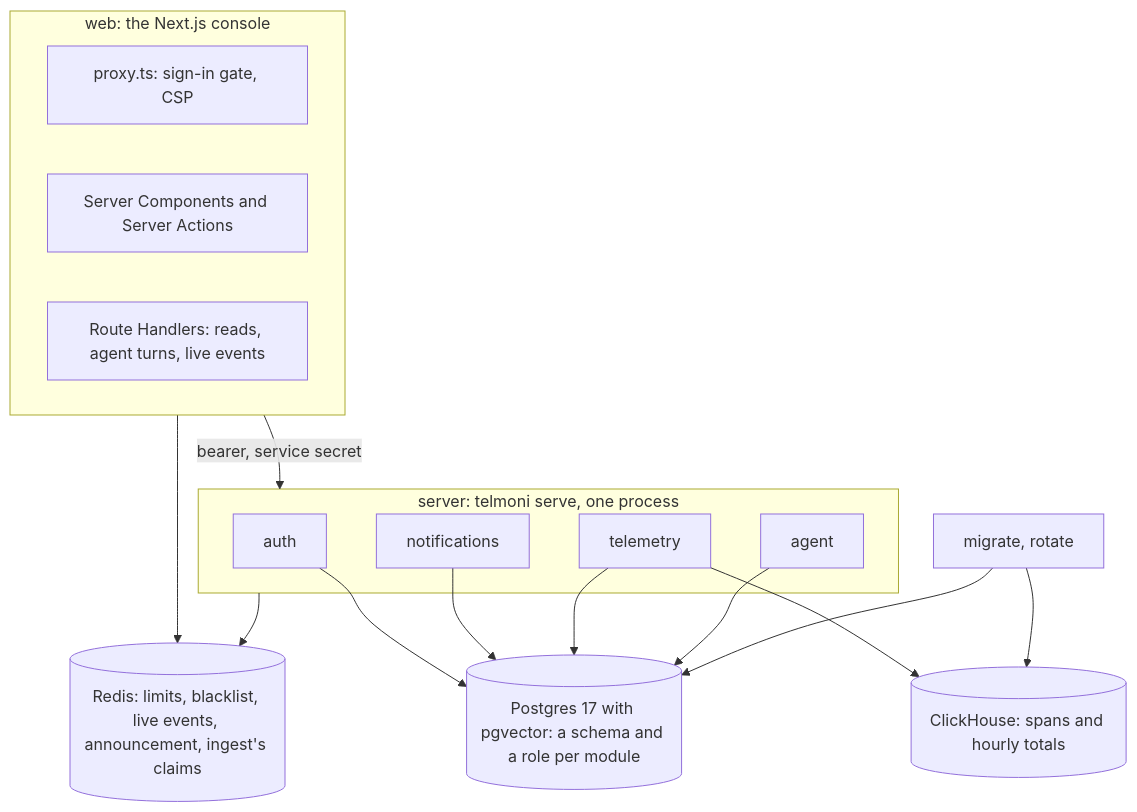
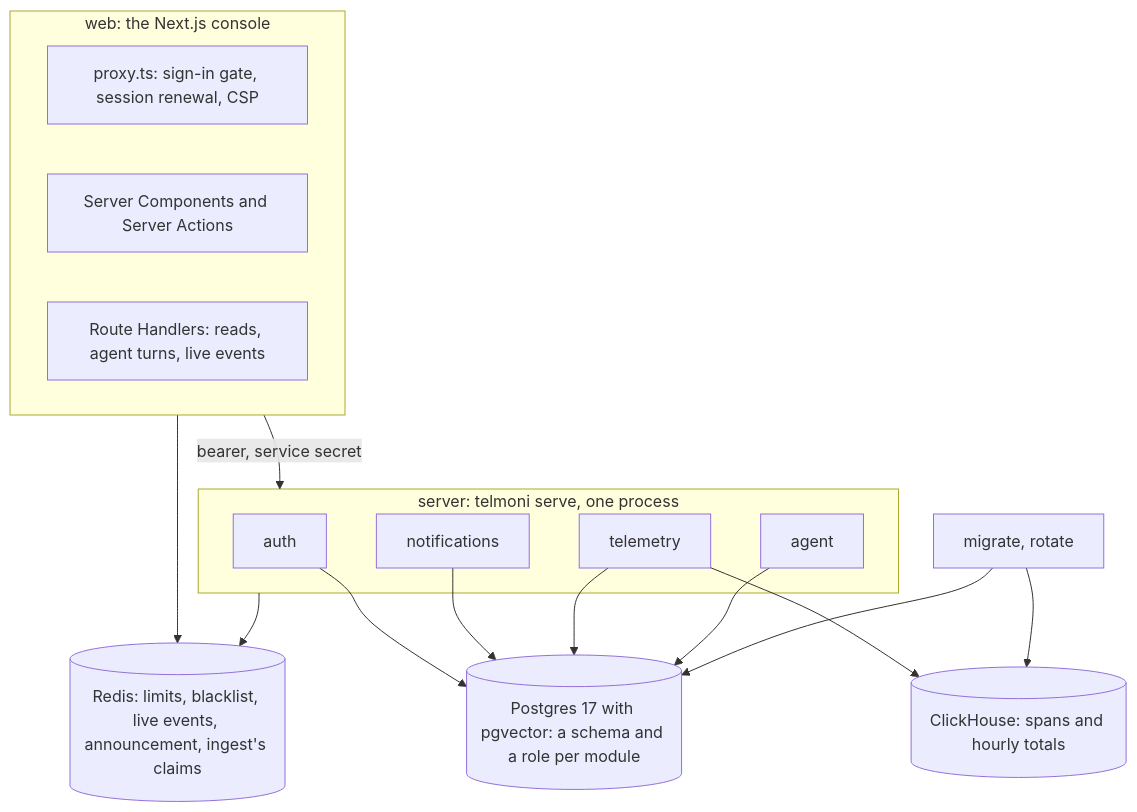
One commit to telmoni/telmoni changed the second of 5 diagrams in ARCHITECTURE.md. Above: the diagram before and after it, drawn with Mermaid. The commit also changed other lines of this file and 14 other files, not shown here.

````diff
--- a/ARCHITECTURE.md
+++ b/ARCHITECTURE.md
@@ -122,24 +122,24 @@
 ```mermaid
 flowchart TB
   subgraph Web["web: the Next.js console"]
-    Proxy["proxy.ts: sign-in gate, CSP"]
+    Proxy["proxy.ts: sign-in gate, session renewal, CSP"]
     Pages["Server Components and Server Actions"]
     Relays["Route Handlers: reads, agent turns, live events"]
   end
   Redis[("Redis: limits, blacklist, live events, announcement, ingest's claims")]
   subgraph Server["server: telmoni serve, one process"]
     Auth["auth"]
     Notif["notifications"]
     Telemetry["telemetry"]
     Agent["agent"]
   end
   Jobs["migrate, rotate"]
   PG[("Postgres 17 with pgvector: a schema and a role per module")]
   CH[("ClickHouse: spans and hourly totals")]
   Web --> Redis
   Web -->|"bearer, service secret"| Server
   Server --> Redis
   Auth & Notif & Telemetry & Agent --> PG
   Telemetry --> CH
   Jobs --> PG & CH
 ```
````
